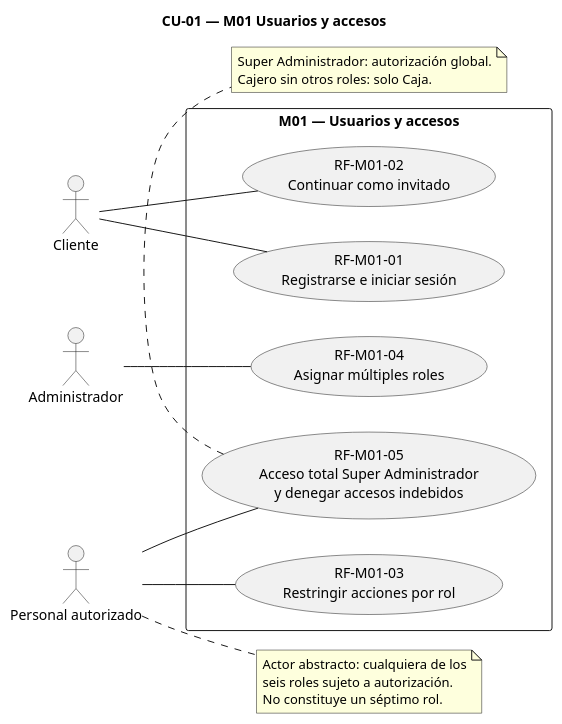
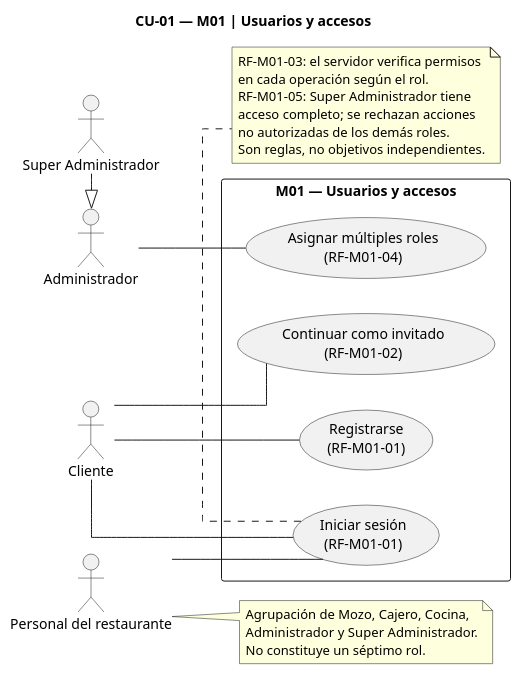
Before and after one commit to HeizenGP/restaurant-app-frontend-v2: the diagram in docs/etapas/diagramas/etapa-04/etapa-04-cu-m01.puml, drawn with PlantUML.

Commit message:
docs(etapa-04): refine UML use cases etapa-04-cu-m01

```diff
--- a/docs/etapas/diagramas/etapa-04/etapa-04-cu-m01.puml
+++ b/docs/etapas/diagramas/etapa-04/etapa-04-cu-m01.puml
@@ -1,29 +1,36 @@
 @startuml
+title CU-01 — M01 | Usuarios y accesos
 left to right direction
-title CU-01 — M01 Usuarios y accesos
 skinparam shadowing false
+skinparam linetype ortho
 actor "Cliente" as C
+actor "Personal del restaurante" as P
 actor "Administrador" as A
-actor "Personal autorizado" as P
+actor "Super Administrador" as S
+
 rectangle "M01 — Usuarios y accesos" {
-  usecase "RF-M01-01\nRegistrarse e iniciar sesión" as U1
-  usecase "RF-M01-02\nContinuar como invitado" as U2
-  usecase "RF-M01-03\nRestringir acciones por rol" as U3
-  usecase "RF-M01-04\nAsignar múltiples roles" as U4
-  usecase "RF-M01-05\nAcceso total Super Administrador\ny denegar accesos indebidos" as U5
+  usecase "Registrarse\n(RF-M01-01)" as U1
+  usecase "Iniciar sesión\n(RF-M01-01)" as U2
+  usecase "Continuar como invitado\n(RF-M01-02)" as U3
+  usecase "Asignar múltiples roles\n(RF-M01-04)" as U4
 }
 C -- U1
 C -- U2
+C -- U3
+P -- U2
 A -- U4
-P -- U3
-P -- U5
+S -|> A
 note right of P
-  Actor abstracto: cualquiera de los
-  seis roles sujeto a autorización.
+  Agrupación de Mozo, Cajero, Cocina,
+  Administrador y Super Administrador.
   No constituye un séptimo rol.
 end note
-note bottom of U5
-  Super Administrador: autorización global.
-  Cajero sin otros roles: solo Caja.
+note bottom of U2
+  RF-M01-03: el servidor verifica permisos
+  en cada operación según el rol.
+  RF-M01-05: Super Administrador tiene
+  acceso completo; se rechazan acciones
+  no autorizadas de los demás roles.
+  Son reglas, no objetivos independientes.
 end note
 @enduml
```
